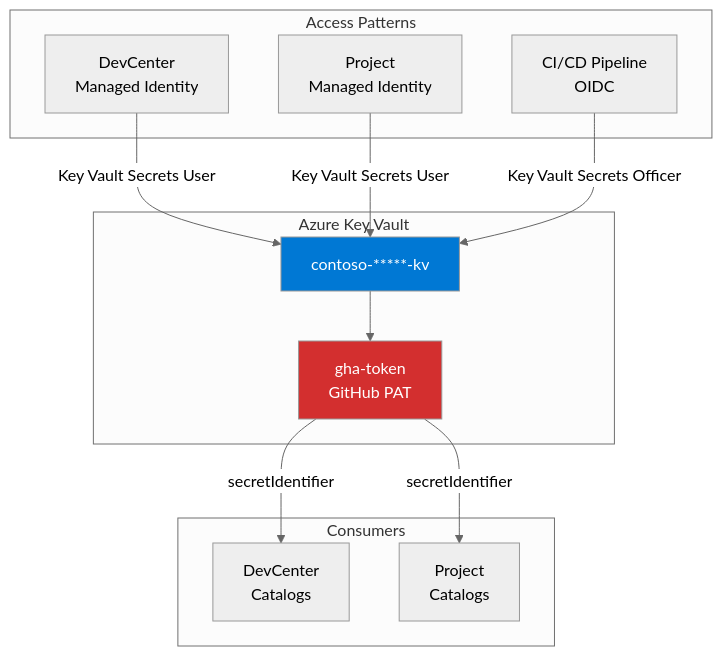
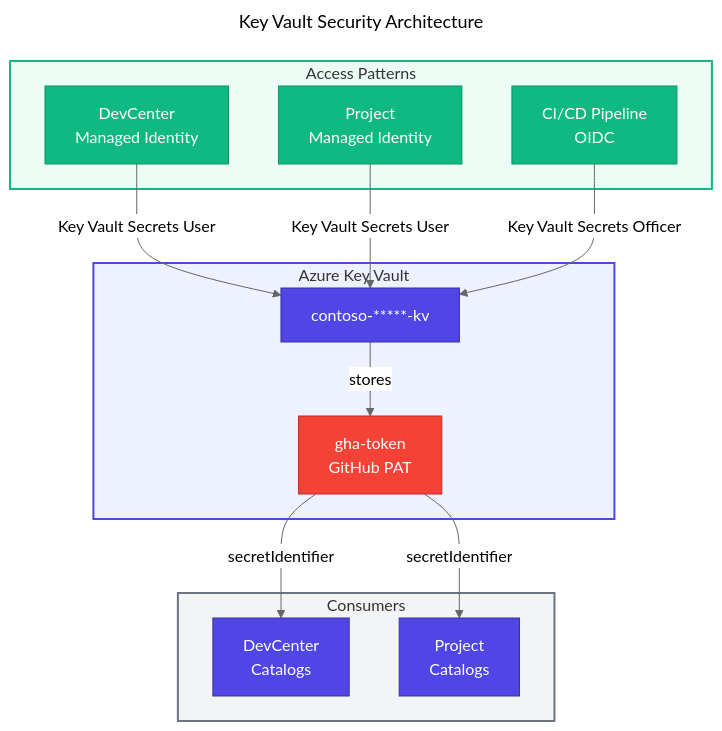
One commit to Evilazaro/DevExp-DevBox changed the third of 8 diagrams in docs/architecture/02-data-architecture.md. Above: the diagram before and after it, drawn with Mermaid (neutral theme). The commit also changed other lines of this file, not shown here.

Commit message:
Add Data Entity Relationship and Key Vault Security Architecture diagrams to enhance clarity and navigation in Data Architecture documentation.

````diff
--- a/docs/architecture/02-data-architecture.md
+++ b/docs/architecture/02-data-architecture.md
@@ -350,29 +353,49 @@
 ```mermaid
+---
+title: Key Vault Security Architecture
+---
 graph TB
-    subgraph "Azure Key Vault"
-        KV[contoso-*****-kv]
-        SEC1[gha-token<br/>GitHub PAT]
+    %% ===== KEY VAULT =====
+    subgraph kvault["Azure Key Vault"]
+        KV["contoso-*****-kv"]
+        SEC1["gha-token<br/>GitHub PAT"]
     end
     
-    subgraph "Access Patterns"
-        DC[DevCenter<br/>Managed Identity]
-        PROJ[Project<br/>Managed Identity]
-        CICD[CI/CD Pipeline<br/>OIDC]
+    %% ===== ACCESS PATTERNS =====
+    subgraph access["Access Patterns"]
+        DC["DevCenter<br/>Managed Identity"]
+        PROJ["Project<br/>Managed Identity"]
+        CICD["CI/CD Pipeline<br/>OIDC"]
     end
     
-    subgraph "Consumers"
-        CAT1[DevCenter<br/>Catalogs]
-        CAT2[Project<br/>Catalogs]
+    %% ===== CONSUMERS =====
+    subgraph consumers["Consumers"]
+        CAT1["DevCenter<br/>Catalogs"]
+        CAT2["Project<br/>Catalogs"]
     end
     
+    %% ===== RELATIONSHIPS =====
     DC -->|Key Vault Secrets User| KV
     PROJ -->|Key Vault Secrets User| KV
     CICD -->|Key Vault Secrets Officer| KV
     
-    KV --> SEC1
+    KV -->|stores| SEC1
     SEC1 -->|secretIdentifier| CAT1
     SEC1 -->|secretIdentifier| CAT2
     
-    style KV fill:#0078D4,color:#fff
-    style SEC1 fill:#D32F2F,color:#fff
+    %% ===== CLASS DEFINITIONS =====
+    classDef primary fill:#4F46E5,stroke:#3730A3,color:#FFFFFF
+    classDef security fill:#F44336,stroke:#C62828,color:#FFFFFF
+    classDef secondary fill:#10B981,stroke:#059669,color:#FFFFFF
+    
+    %% ===== CLASS ASSIGNMENTS =====
+    class KV primary
+    class SEC1 security
+    class DC,PROJ,CICD secondary
+    class CAT1,CAT2 primary
+    
+    %% ===== SUBGRAPH STYLES =====
+    style kvault fill:#EEF2FF,stroke:#4F46E5,stroke-width:2px
+    style access fill:#ECFDF5,stroke:#10B981,stroke-width:2px
+    style consumers fill:#F3F4F6,stroke:#6B7280,stroke-width:2px
 ```
````
